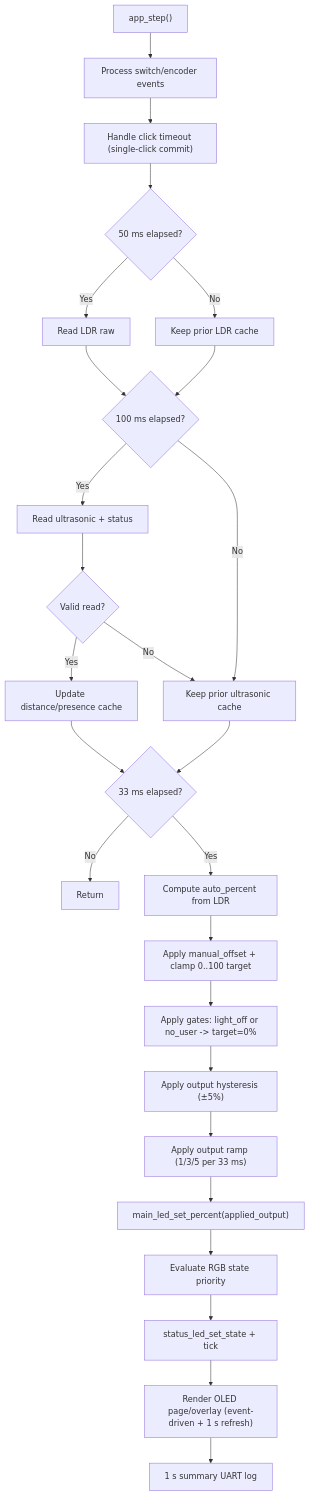
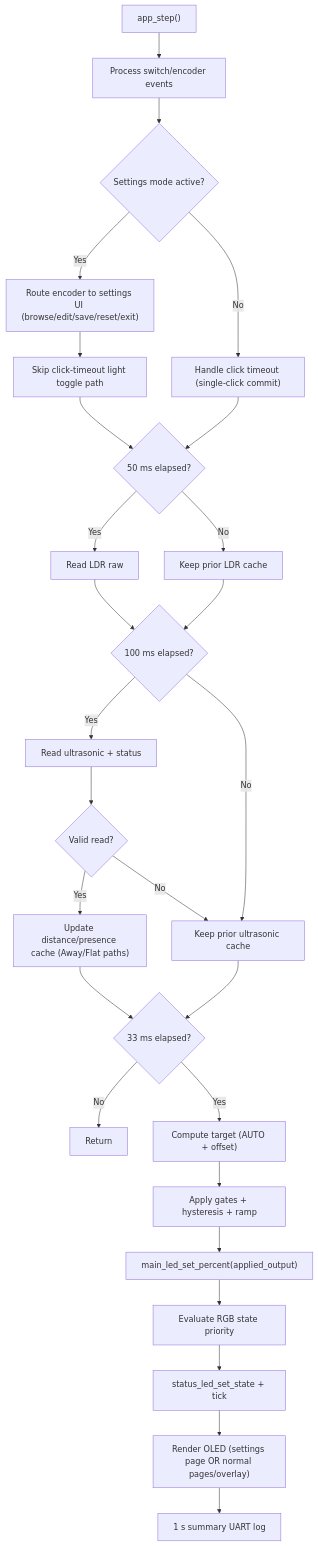
Before and after one commit to RJTPP/S-ADAPT-IoT: the first of 2 diagrams in docs/architecture/business-logic.md, drawn with Mermaid.

Commit message:
docs(architecture): update app_step flow with settings routing

````diff
--- a/docs/architecture/business-logic.md
+++ b/docs/architecture/business-logic.md
@@ -57,28 +57,29 @@
 ```mermaid
 flowchart TD
     A["app_step()"] --> B["Process switch/encoder events"]
-    B --> C["Handle click timeout (single-click commit)"]
-    C --> D{"50 ms elapsed?"}
-    D -- "Yes" --> E["Read LDR raw"]
-    D -- "No" --> F["Keep prior LDR cache"]
-    E --> G{"100 ms elapsed?"}
+    B --> C{"Settings mode active?"}
+    C -- "Yes" --> D["Route encoder to settings UI (browse/edit/save/reset/exit)"]
+    D --> E["Skip click-timeout light toggle path"]
+    C -- "No" --> F["Handle click timeout (single-click commit)"]
+    E --> G{"50 ms elapsed?"}
     F --> G
-    G -- "Yes" --> H["Read ultrasonic + status"]
-    G -- "No" --> I["Keep prior ultrasonic cache"]
-    H --> J{"Valid read?"}
-    J -- "Yes" --> K["Update distance/presence cache"]
-    J -- "No" --> I
-    K --> L{"33 ms elapsed?"}
-    I --> L
-    L -- "No" --> M["Return"]
-    L -- "Yes" --> N["Compute auto_percent from LDR"]
-    N --> O["Apply manual_offset + clamp 0..100 target"]
-    O --> P["Apply gates: light_off or no_user -> target=0%"]
-    P --> Q["Apply output hysteresis (±5%)"]
-    Q --> R["Apply output ramp (1/3/5 per 33 ms)"]
+    G -- "Yes" --> H["Read LDR raw"]
+    G -- "No" --> I["Keep prior LDR cache"]
+    H --> J{"100 ms elapsed?"}
+    I --> J
+    J -- "Yes" --> K["Read ultrasonic + status"]
+    J -- "No" --> L["Keep prior ultrasonic cache"]
+    K --> M{"Valid read?"}
+    M -- "Yes" --> N["Update distance/presence cache (Away/Flat paths)"]
+    M -- "No" --> L
+    N --> O{"33 ms elapsed?"}
+    L --> O
+    O -- "No" --> P["Return"]
+    O -- "Yes" --> Q["Compute target (AUTO + offset)"]
+    Q --> R["Apply gates + hysteresis + ramp"]
     R --> S["main_led_set_percent(applied_output)"]
     S --> T["Evaluate RGB state priority"]
     T --> U["status_led_set_state + tick"]
-    U --> V["Render OLED page/overlay (event-driven + 1 s refresh)"]
+    U --> V["Render OLED (settings page OR normal pages/overlay)"]
     V --> W["1 s summary UART log"]
 ```
````
